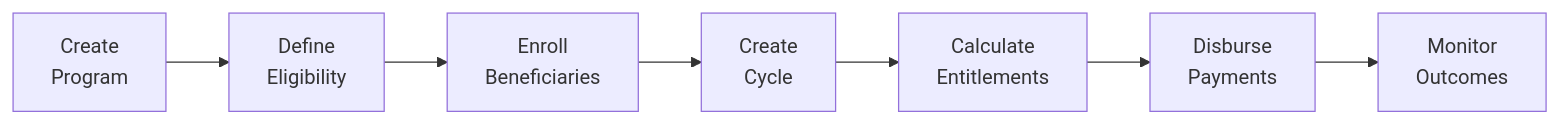
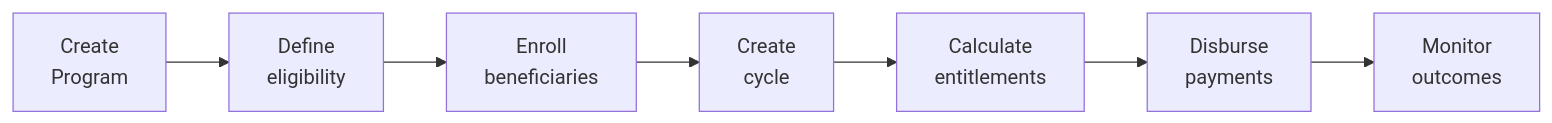
The diagram in docs/learn/products/sp_mis.md (OpenSPP/documentation), drawn with Mermaid before and after one commit. The commit also changed other lines of this file and 36 other files, not shown here.

````diff
--- a/docs/learn/products/sp_mis.md
+++ b/docs/learn/products/sp_mis.md
@@ -98,9 +98,9 @@
 ```{mermaid}
 graph LR
-    A[Create<br/>Program] --> B[Define<br/>Eligibility]
-    B --> C[Enroll<br/>Beneficiaries]
-    C --> D[Create<br/>Cycle]
-    D --> E[Calculate<br/>Entitlements]
-    E --> F[Disburse<br/>Payments]
-    F --> G[Monitor<br/>Outcomes]
+    A[Create<br/>Program] --> B[Define<br/>eligibility]
+    B --> C[Enroll<br/>beneficiaries]
+    C --> D[Create<br/>cycle]
+    D --> E[Calculate<br/>entitlements]
+    E --> F[Disburse<br/>payments]
+    F --> G[Monitor<br/>outcomes]
 ```
````
